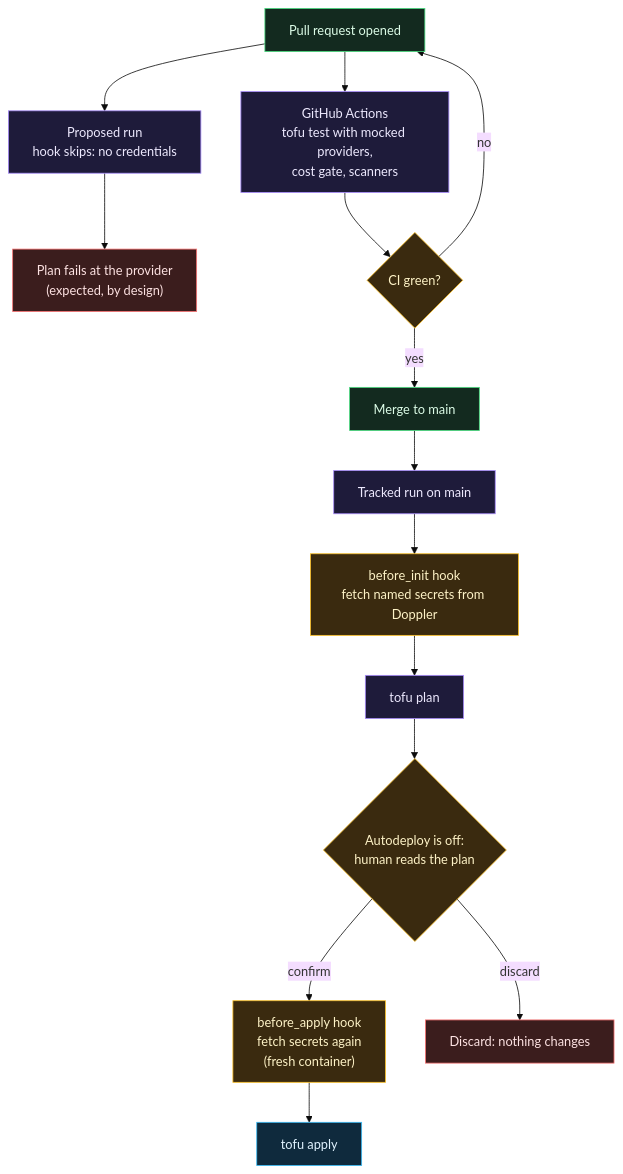
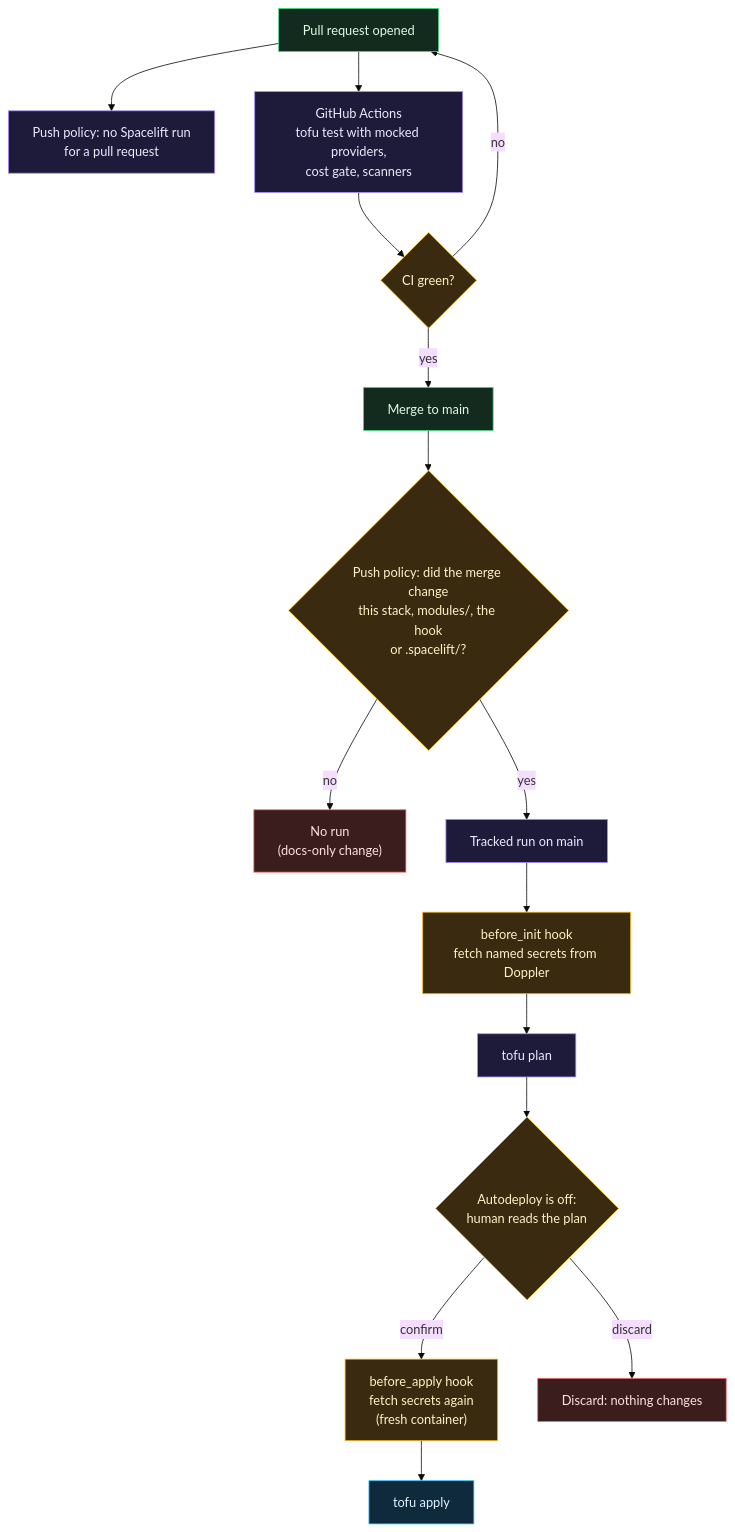
One commit to ChiefGyk3D/Clouds-Against-Humanity changed the diagram in docs/wiki/Spacelift.md. Above: the diagram before and after it, drawn with Mermaid (base theme). The commit also changed other lines of this file and 34 other files, not shown here.

First line of the commit message:
docs: start-from-zero wiki track; Spacelift push policy; CI and wiki publishing on GYST only (#19)

````diff
--- a/docs/wiki/Spacelift.md
+++ b/docs/wiki/Spacelift.md
@@ -7,30 +9,33 @@
 ```mermaid
 flowchart TD
     pr["Pull request opened"]:::you
-    prop["Proposed run<br/>hook skips: no credentials"]:::ctrl
-    fails["Plan fails at the provider<br/>(expected, by design)"]:::ext
+    prop["Push policy: no Spacelift run<br/>for a pull request"]:::ctrl
     ci["GitHub Actions<br/>tofu test with mocked providers,<br/>cost gate, scanners"]:::ctrl
     green{"CI green?"}:::warn
     merge["Merge to main"]:::you
+    affected{"Push policy: did the merge change<br/>this stack, modules/, the hook<br/>or .spacelift/?"}:::warn
+    skip["No run<br/>(docs-only change)"]:::ext
     tracked["Tracked run on main"]:::ctrl
     init["before_init hook<br/>fetch named secrets from Doppler"]:::secret
     plan["tofu plan"]:::ctrl
     wait{"Autodeploy is off:<br/>human reads the plan"}:::warn
     again["before_apply hook<br/>fetch secrets again<br/>(fresh container)"]:::secret
     apply["tofu apply"]:::cloud
     discard["Discard: nothing changes"]:::ext
 
-    pr --> prop --> fails
+    pr --> prop
     pr --> ci --> green
-    green -- "yes" --> merge --> tracked --> init --> plan --> wait
+    green -- "yes" --> merge --> affected
+    affected -- "no" --> skip
+    affected -- "yes" --> tracked --> init --> plan --> wait
     green -- "no" --> pr
     wait -- "confirm" --> again --> apply
     wait -- "discard" --> discard
 
     classDef you fill:#132a1f,stroke:#4ade80,color:#dcfce7
     classDef ext fill:#3b1d1d,stroke:#f87171,color:#fde2e2
     classDef ctrl fill:#1e1b3a,stroke:#a78bfa,color:#ede9fe
     classDef cloud fill:#0f2a3d,stroke:#38bdf8,color:#e0f2fe
     classDef secret fill:#3a2a0f,stroke:#fbbf24,color:#fef3c7
     classDef warn fill:#3a2a0f,stroke:#fbbf24,color:#fef3c7
 ```
````
